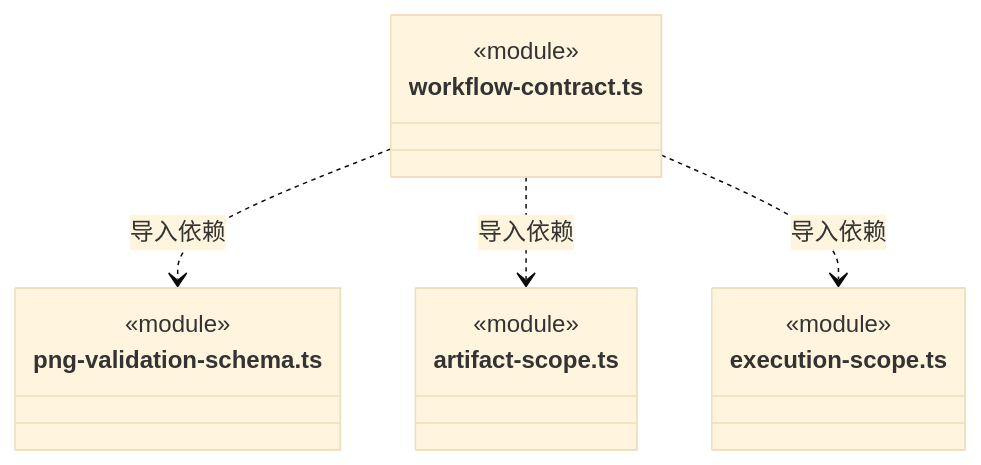
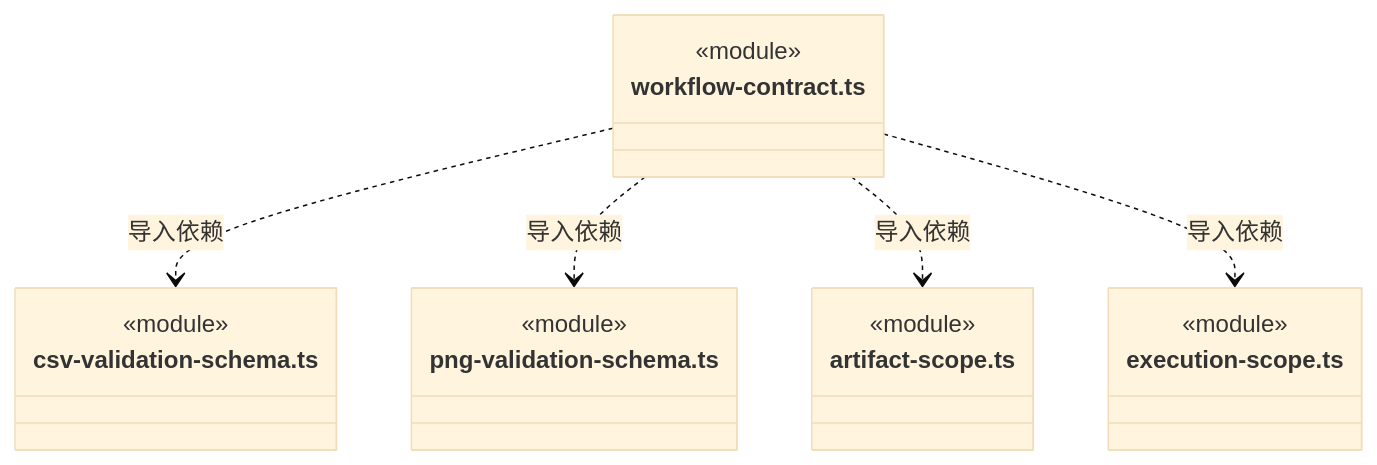
Diagram 37 of 38 in src/backend/core/workspace/ARCHITECTURE.md (nan023062/cbim), drawn with Mermaid (base theme) before and after one commit. The commit also changed other lines of this file and 45 other files, not shown here.

````diff
--- a/src/backend/core/workspace/ARCHITECTURE.md
+++ b/src/backend/core/workspace/ARCHITECTURE.md
@@ -821,18 +837,22 @@
 ```mermaid
 classDiagram
 class N_src_backend_core_workspace_workflow_contract_ts["workflow-contract.ts"] {
+  <<module>>
+}
+class N_src_backend_core_workspace_csv_validation_schema_ts["csv-validation-schema.ts"] {
   <<module>>
 }
 class N_src_backend_core_workspace_png_validation_schema_ts["png-validation-schema.ts"] {
   <<module>>
 }
 class N_src_backend_core_workspace_artifact_scope_ts["artifact-scope.ts"] {
   <<module>>
 }
 class N_src_backend_core_workspace_execution_scope_ts["execution-scope.ts"] {
   <<module>>
 }
+N_src_backend_core_workspace_workflow_contract_ts ..> N_src_backend_core_workspace_csv_validation_schema_ts : 导入依赖
 N_src_backend_core_workspace_workflow_contract_ts ..> N_src_backend_core_workspace_png_validation_schema_ts : 导入依赖
 N_src_backend_core_workspace_workflow_contract_ts ..> N_src_backend_core_workspace_artifact_scope_ts : 导入依赖
 N_src_backend_core_workspace_workflow_contract_ts ..> N_src_backend_core_workspace_execution_scope_ts : 导入依赖
 ```
````
